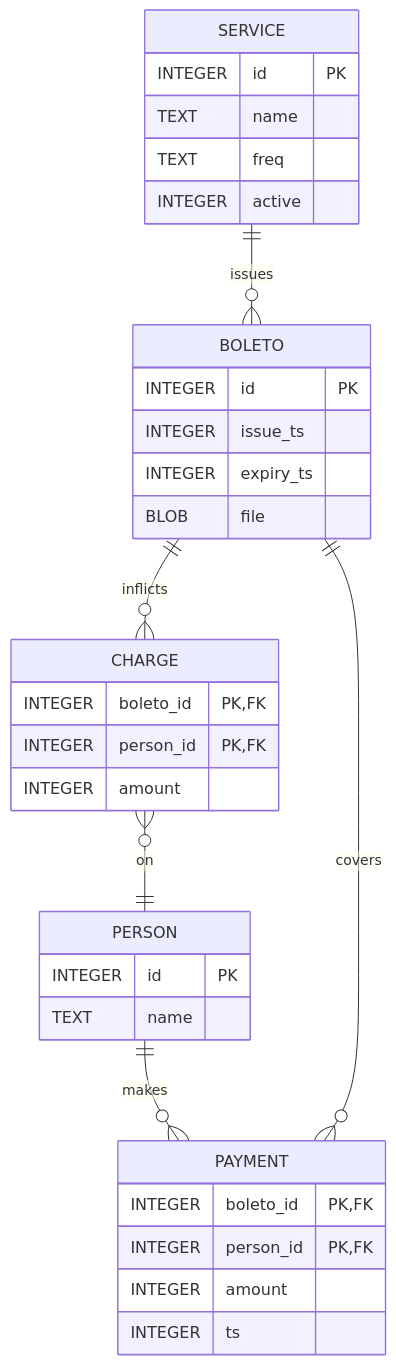
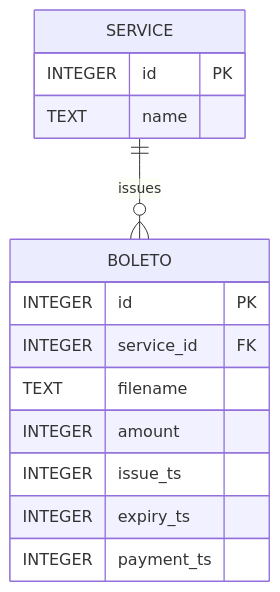
The diagram in README.md (guidanoli/boletos-flask), drawn with Mermaid before and after one commit.

Commit message:
feat: simplify ER model

````diff
--- a/README.md
+++ b/README.md
@@ -22,41 +22,20 @@
 ```mermaid
 erDiagram
 
     SERVICE {
         INTEGER id PK
         TEXT name
-        TEXT freq
-        INTEGER active
     }
     
     BOLETO {
         INTEGER id PK
+        INTEGER service_id FK
+        TEXT filename
+        INTEGER amount
         INTEGER issue_ts
         INTEGER expiry_ts
-        BLOB file
-    }
-
-    PERSON {
-        INTEGER id PK
-        TEXT name
-    }
-
-    CHARGE {
-        INTEGER boleto_id PK, FK
-        INTEGER person_id PK, FK
-        INTEGER amount
-    }
-
-    PAYMENT {
-        INTEGER boleto_id PK, FK
-        INTEGER person_id PK, FK
-        INTEGER amount
-        INTEGER ts
+        INTEGER payment_ts
     }
 
     SERVICE ||--o{ BOLETO : issues
-    BOLETO ||--o{ CHARGE : inflicts
-    CHARGE }o--|| PERSON : on
-    PERSON ||--o{ PAYMENT : makes
-    PAYMENT }o--|| BOLETO : covers
 ```
````
